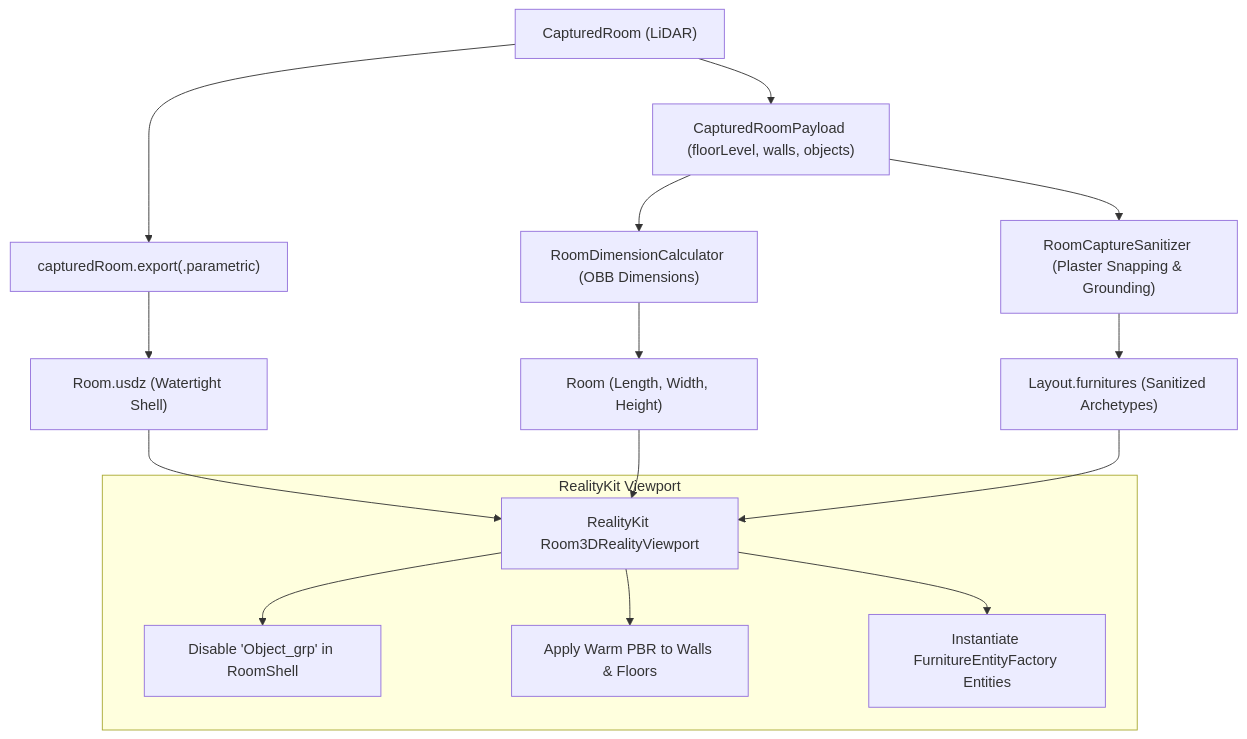
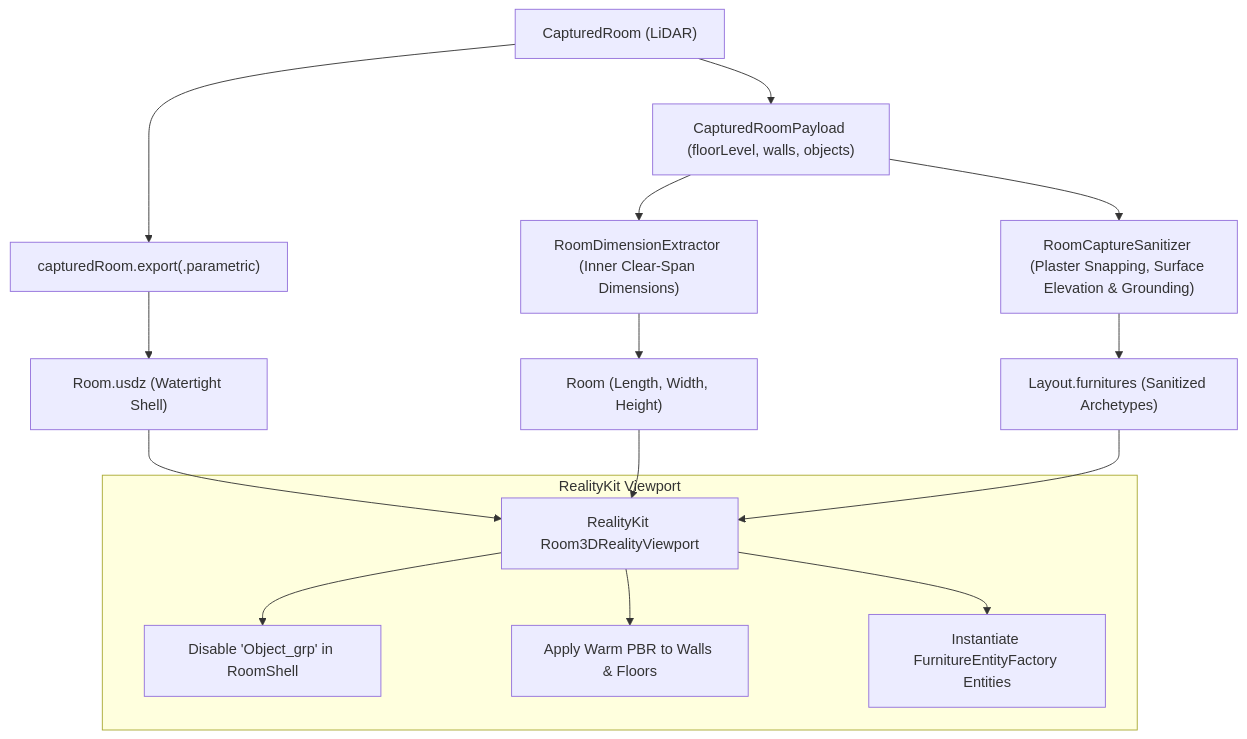
The diagram in docs/adr/0010-hybrid-native-parametric-room-and-sanitized-furniture.md (M7-C5/Resign), drawn with Mermaid before and after one commit. The commit also changed other lines of this file, not shown here.

Commit message:
docs(adr): update hybrid parametric shell architecture with surface elevation and clear-span pipeline

````diff
--- a/docs/adr/0010-hybrid-native-parametric-room-and-sanitized-furniture.md
+++ b/docs/adr/0010-hybrid-native-parametric-room-and-sanitized-furniture.md
@@ -45,23 +45,23 @@
 ```mermaid
 flowchart TD
     CR["CapturedRoom (LiDAR)"] --> NE["capturedRoom.export(.parametric)"]
     CR --> CRP["CapturedRoomPayload (floorLevel, walls, objects)"]
     
     NE --> USDZ["Room.usdz (Watertight Shell)"]
     
-    CRP --> RDC["RoomDimensionCalculator (OBB Dimensions)"]
-    CRP --> RCS["RoomCaptureSanitizer (Plaster Snapping & Grounding)"]
+    CRP --> RDE["RoomDimensionExtractor (Inner Clear-Span Dimensions)"]
+    CRP --> RCS["RoomCaptureSanitizer (Plaster Snapping, Surface Elevation & Grounding)"]
     
-    RDC --> RoomModel["Room (Length, Width, Height)"]
+    RDE --> RoomModel["Room (Length, Width, Height)"]
     RCS --> LayoutModel["Layout.furnitures (Sanitized Archetypes)"]
     
     USDZ --> RV["RealityKit Room3DRealityViewport"]
     RoomModel --> RV
     LayoutModel --> RV
     
     subgraph RealityKit Viewport
         RV --> HideWireframes["Disable 'Object_grp' in RoomShell"]
         RV --> StyleSurfaces["Apply Warm PBR to Walls & Floors"]
         RV --> InjectFurniture["Instantiate FurnitureEntityFactory Entities"]
     end
 ```
````
